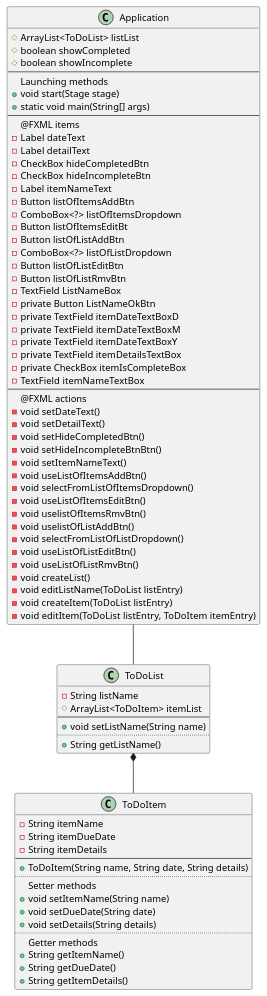
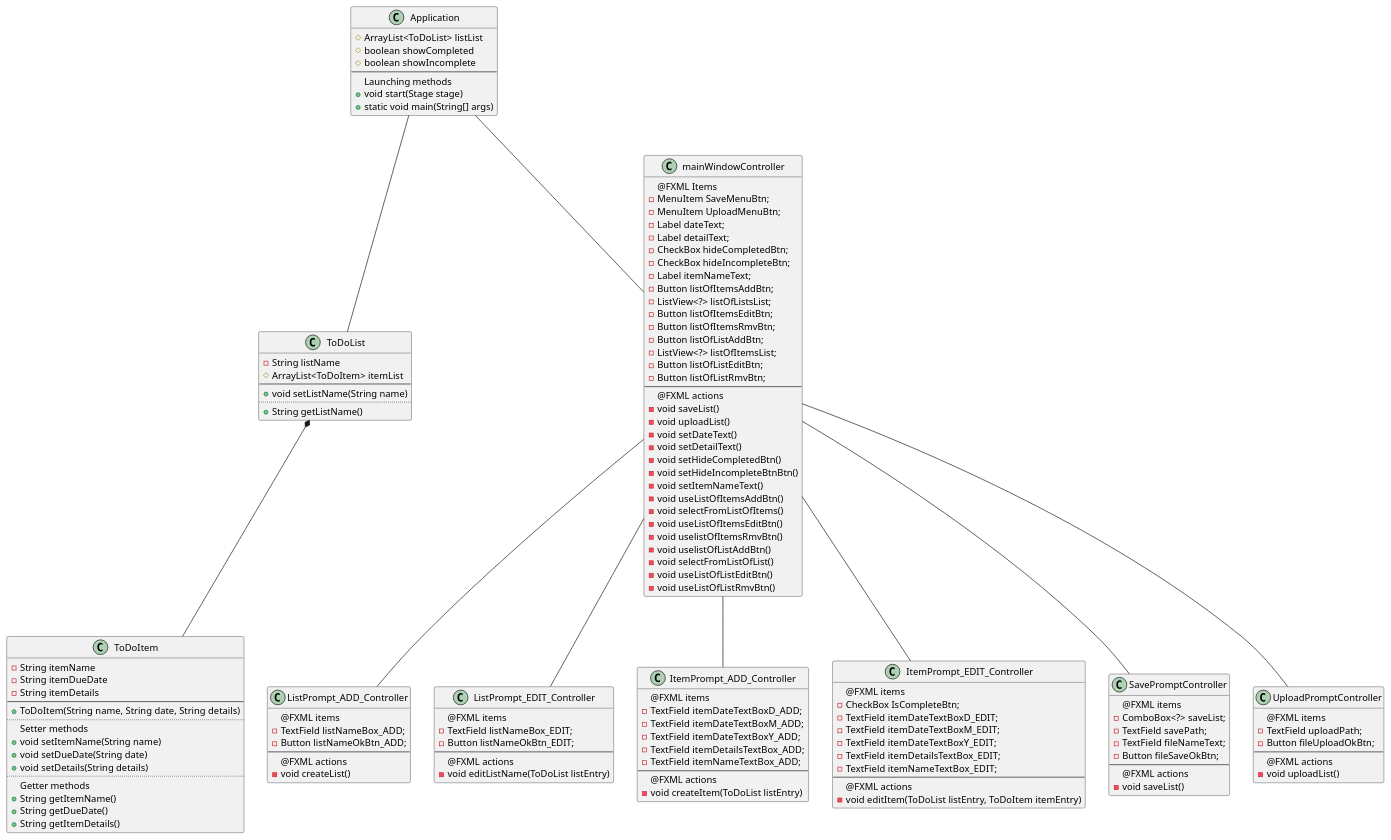
One commit to CATastrophic141/Simpson-app1-design changed the diagram in PA1-ToDoApp/docs/ToDoAppUML.puml. Above: the diagram before and after it, drawn with PlantUML. The commit also changed 2 other files, not shown here.

Commit message:
Updated GUI layout, pseudocode, and UML diagram

```diff
--- a/PA1-ToDoApp/docs/ToDoAppUML.puml
+++ b/PA1-ToDoApp/docs/ToDoAppUML.puml
@@ -1,81 +1,147 @@
 @startuml
 class ToDoItem {
 - String itemName
 - String itemDueDate
 - String itemDetails
 --
 + ToDoItem(String name, String date, String details)
 ..
 Setter methods
 + void setItemName(String name)
 + void setDueDate(String date)
 + void setDetails(String details)
 ..
 Getter methods
 + String getItemName()
 + String getDueDate()
 + String getItemDetails()
 }
-ToDoList *-- ToDoItem
 
 class ToDoList {
 - String listName
 # ArrayList<ToDoItem> itemList
 --
 + void setListName(String name)
 ..
 + String getListName()
 }
+ToDoList *-- ToDoItem
 Application -- ToDoList
 
 class Application {
 # ArrayList<ToDoList> listList
 # boolean showCompleted
 # boolean showIncomplete
 --
 Launching methods
 + void start(Stage stage)
 + static void main(String[] args)
+}
+
+class mainWindowController {
+    @FXML Items
+        - MenuItem SaveMenuBtn;
+        - MenuItem UploadMenuBtn;
+        - Label dateText;
+        - Label detailText;
+        - CheckBox hideCompletedBtn;
+        - CheckBox hideIncompleteBtn;
+        - Label itemNameText;
+        - Button listOfItemsAddBtn;
+        - ListView<?> listOfListsList;
+        - Button listOfItemsEditBtn;
+        - Button listOfItemsRmvBtn;
+        - Button listOfListAddBtn;
+        - ListView<?> listOfItemsList;
+        - Button listOfListEditBtn;
+        - Button listOfListRmvBtn;
+  --
+    @FXML actions
+        - void saveList()
+        - void uploadList()
+        - void setDateText()
+        - void setDetailText()
+        - void setHideCompletedBtn()
+        - void setHideIncompleteBtnBtn()
+        - void setItemNameText()
+        - void useListOfItemsAddBtn()
+        - void selectFromListOfItems()
+        - void useListOfItemsEditBtn()
+        - void uselistOfItemsRmvBtn()
+        - void uselistOfListAddBtn()
+        - void selectFromListOfList()
+        - void useListOfListEditBtn()
+        - void useListOfListRmvBtn()
+}
+Application -- mainWindowController
+
+class ListPrompt_ADD_Controller {
+    @FXML items
+      - TextField listNameBox_ADD;
+      - Button listNameOkBtn_ADD;
 --
-@FXML items
-    - Label dateText
-    - Label detailText
-    - CheckBox hideCompletedBtn
-    - CheckBox hideIncompleteBtn
-    - Label itemNameText
-    - Button listOfItemsAddBtn
-    - ComboBox<?> listOfItemsDropdown
-    - Button listOfItemsEditBt
-    - Button listOfListAddBtn
-    - ComboBox<?> listOfListDropdown
-    - Button listOfListEditBtn
-    - Button listOfListRmvBtn
-    - TextField ListNameBox
-    - private Button ListNameOkBtn
-    - private TextField itemDateTextBoxD
-    - private TextField itemDateTextBoxM
-    - private TextField itemDateTextBoxY
-    - private TextField itemDetailsTextBox
-    - private CheckBox itemIsCompleteBox
-    - TextField itemNameTextBox
+    @FXML actions
+      - void createList()
+}
+mainWindowController -- ListPrompt_ADD_Controller
+
+class ListPrompt_EDIT_Controller {
+    @FXML items
+      - TextField listNameBox_EDIT;
+      - Button listNameOkBtn_EDIT;
 --
-@FXML actions
-    - void setDateText()
-    - void setDetailText()
-    - void setHideCompletedBtn()
-    - void setHideIncompleteBtnBtn()
-    - void setItemNameText()
-    - void useListOfItemsAddBtn()
-    - void selectFromListOfItemsDropdown()
-    - void useListOfItemsEditBtn()
-    - void uselistOfItemsRmvBtn()
-    - void uselistOfListAddBtn()
-    - void selectFromListOfListDropdown()
-    - void useListOfListEditBtn()
-    - void useListOfListRmvBtn()
-    - void createList()
-    - void editListName(ToDoList listEntry)
-    - void createItem(ToDoList listEntry)
-    - void editItem(ToDoList listEntry, ToDoItem itemEntry)
+    @FXML actions
+      - void editListName(ToDoList listEntry)
 }
+mainWindowController -- ListPrompt_EDIT_Controller
+
+class ItemPrompt_ADD_Controller {
+    @FXML items
+      - TextField itemDateTextBoxD_ADD;
+      - TextField itemDateTextBoxM_ADD;
+      - TextField itemDateTextBoxY_ADD;
+      - TextField itemDetailsTextBox_ADD;
+      - TextField itemNameTextBox_ADD;
+--
+    @FXML actions
+      - void createItem(ToDoList listEntry)
+}
+mainWindowController -- ItemPrompt_ADD_Controller
+
+class ItemPrompt_EDIT_Controller {
+    @FXML items
+      - CheckBox IsCompleteBtn;
+      - TextField itemDateTextBoxD_EDIT;
+      - TextField itemDateTextBoxM_EDIT;
+      - TextField itemDateTextBoxY_EDIT;
+      - TextField itemDetailsTextBox_EDIT;
+      - TextField itemNameTextBox_EDIT;
+--
+    @FXML actions
+      - void editItem(ToDoList listEntry, ToDoItem itemEntry)
+}
+mainWindowController -- ItemPrompt_EDIT_Controller
+
+class SavePromptController {
+    @FXML items
+      - ComboBox<?> saveList;
+      - TextField savePath;
+      - TextField fileNameText;
+      - Button fileSaveOkBtn;
+--
+    @FXML actions
+      - void saveList()
+}
+mainWindowController -- SavePromptController
+
+class UploadPromptController {
+    @FXML items
+      - TextField uploadPath;
+      - Button fileUploadOkBtn;
+--
+    @FXML actions
+      - void uploadList()
+}
+
+mainWindowController -- UploadPromptController
 @enduml
```
